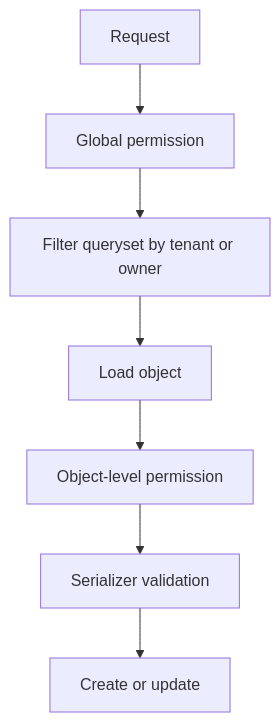
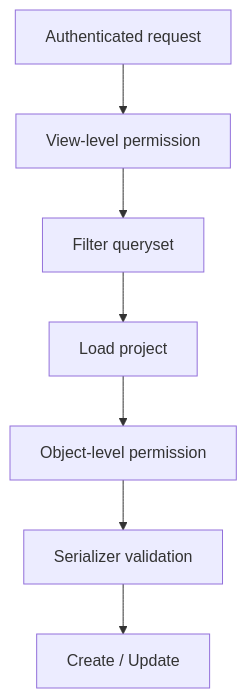
One commit to AvadhBhalodiya/Interview-Preparation changed the fourth of 5 diagrams in src/content/drf/permissions.md. Above: the diagram before and after it, drawn with Mermaid. The commit also changed other lines of this file and 80 other files, not shown here.

````diff
--- a/src/content/drf/permissions.md
+++ b/src/content/drf/permissions.md
@@ -606,9 +331,9 @@
 ```mermaid
 flowchart TD
-    A[Request] --> B[Global permission]
-    B --> C[Filter queryset by tenant or owner]
-    C --> D[Load object]
+    A[Authenticated request] --> B[View-level permission]
+    B --> C[Filter queryset]
+    C --> D[Load project]
     D --> E[Object-level permission]
     E --> F[Serializer validation]
-    F --> G[Create or update]
+    F --> G[Create / Update]
 ```
````
